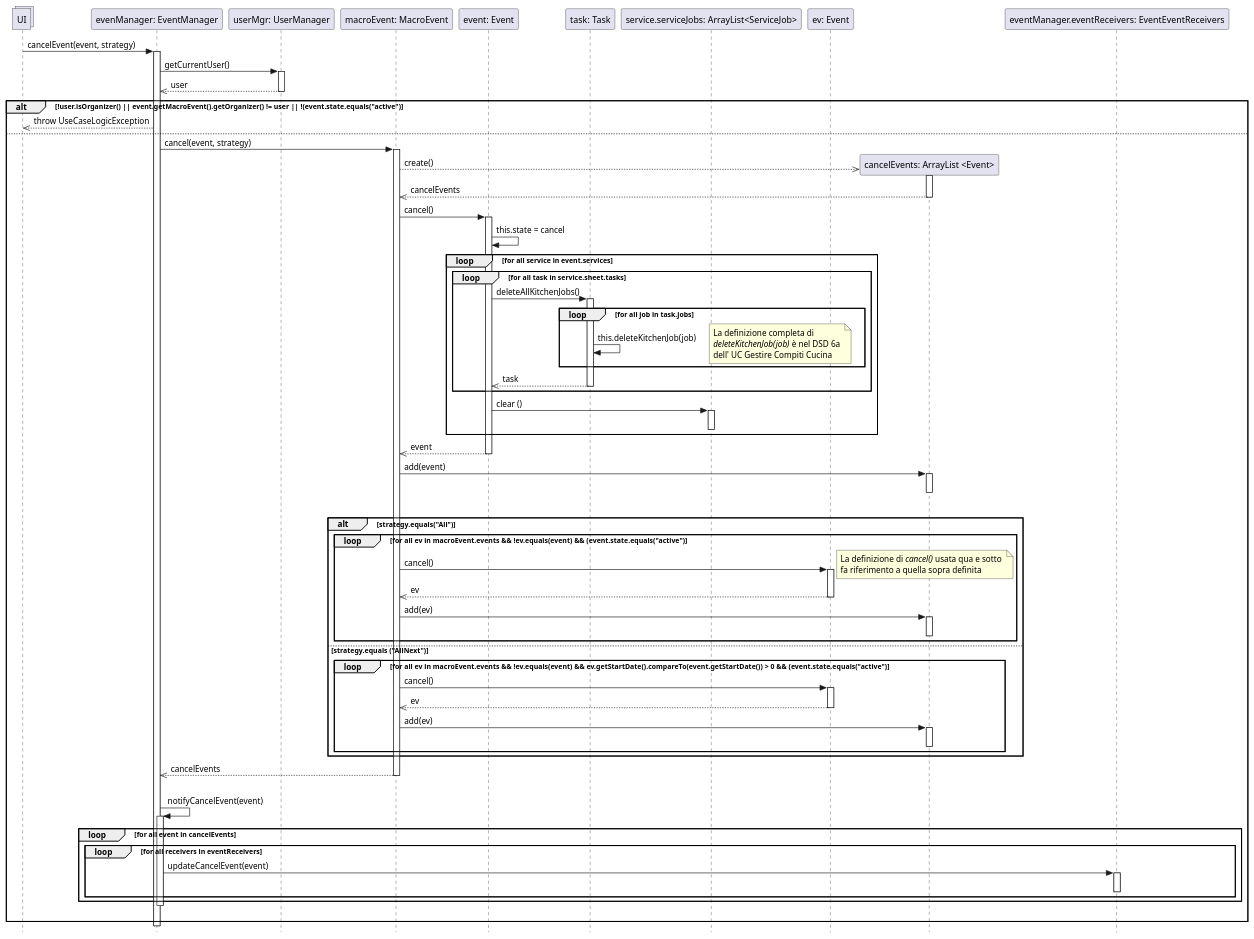
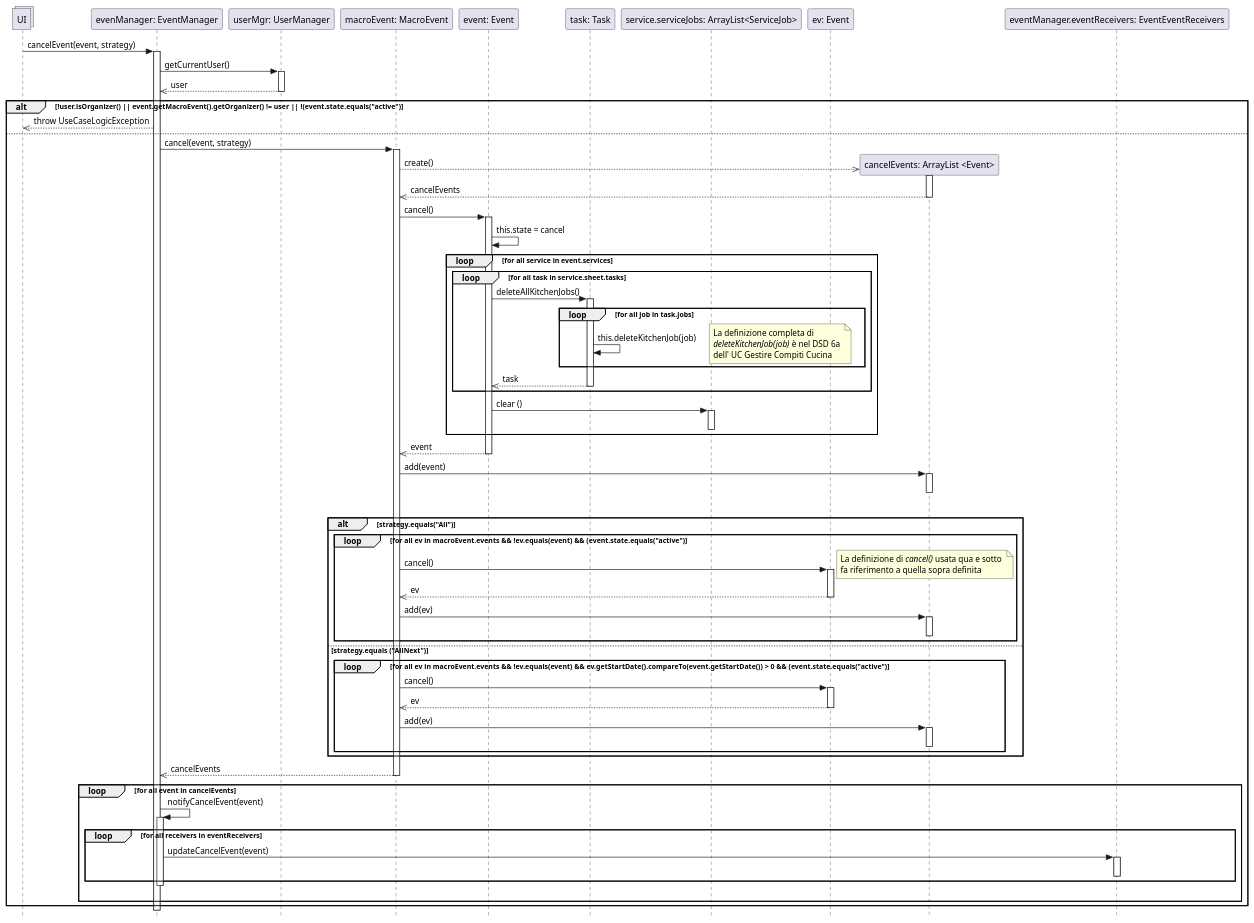
Before and after one commit to stefa168/sas-project: the diagram in UP/Progettazione/UC Gestire Eventi/DSD/DSD Operazione 1a.2.puml, drawn with PlantUML.

Commit message:
Corretto ordine notify

```diff
--- a/UP/Progettazione/UC Gestire Eventi/DSD/DSD Operazione 1a.2.puml
+++ b/UP/Progettazione/UC Gestire Eventi/DSD/DSD Operazione 1a.2.puml
@@ -1,99 +1,98 @@
 @startuml
 skinparam Style strictuml
 
 collections UI
 participant "evenManager: EventManager" as em
 participant "userMgr: UserManager" as um
 participant "macroEvent: MacroEvent" as maev
 participant "event: Event" as event
 participant "task: Task" as task
 participant "service.serviceJobs: ArrayList<ServiceJob>" as sj
 participant "ev: Event" as ev
 participant "cancelEvents: ArrayList <Event>" as evcanc
 participant "eventManager.eventReceivers: EventEventReceivers" as eer
 
 UI -> em: cancelEvent(event, strategy)
 activate em
     em -> um: getCurrentUser()
     activate um
         em <<-- um: user
     deactivate um
 
     alt !user.isOrganizer() || event.getMacroEvent().getOrganizer() != user || !(event.state.equals("active")
         UI <<-- em: throw UseCaseLogicException
     else
 
         em -> maev: cancel(event, strategy)
         activate maev
             maev -->> evcanc**: create()
             activate evcanc
             maev <<-- evcanc: cancelEvents
             deactivate evcanc
 
             maev -> event: cancel()
             activate event
             event -> event: this.state = cancel
 
             loop for all service in event.services
                 loop for all task in service.sheet.tasks
                     event -> task: deleteAllKitchenJobs()
                     activate task
                     loop for all job in task.jobs
                         task -> task: this.deleteKitchenJob(job)
                         note right: La definizione completa di\n//deleteKitchenJob(job)// è nel DSD 6a \ndell' UC Gestire Compiti Cucina
                     end
                     event <<-- task: task
                     deactivate task
 
                 end
 
                 event -> sj: clear ()
                 activate sj
                 deactivate sj
             end
             maev <<-- event: event
             deactivate event
             maev -> evcanc: add(event)
             activate evcanc
             deactivate evcanc
             |||
             alt strategy.equals("All")
                 loop for all ev in macroEvent.events && !ev.equals(event) && (event.state.equals("active")
                     maev -> ev: cancel()
                     note right: La definizione di //cancel()// usata qua e sotto \nfa riferimento a quella sopra definita
                     activate ev
                     maev <<-- ev: ev
                     deactivate ev
                     maev -> evcanc: add(ev)
                     activate evcanc
                     deactivate evcanc
                 end
             else strategy.equals ("AllNext")
                 loop for all ev in macroEvent.events && !ev.equals(event) && ev.getStartDate().compareTo(event.getStartDate()) > 0 && (event.state.equals("active")
                     maev -> ev: cancel()
                     activate ev
                     maev <<-- ev: ev
                     deactivate ev
                     maev -> evcanc: add(ev)
                     activate evcanc
                     deactivate evcanc
                 end
             end
         em <<-- maev: cancelEvents
         deactivate maev
+        loop for all event in cancelEvents
+            em -> em: notifyCancelEvent(event)
+            activate em
+            loop for all receivers in eventReceivers
+                em -> eer: updateCancelEvent(event)
+                activate eer
+                deactivate eer
+            end
+            deactivate em
         |||
-        em -> em: notifyCancelEvent(event)
-        activate em
-            loop for all event in cancelEvents
-                loop for all receivers in eventReceivers
-                    em -> eer: updateCancelEvent(event)
-                    activate eer
-                    deactivate eer
-                end
-            end
-        deactivate em
-        |||
+        end
 
     end
 deactivate em
 @enduml
```
